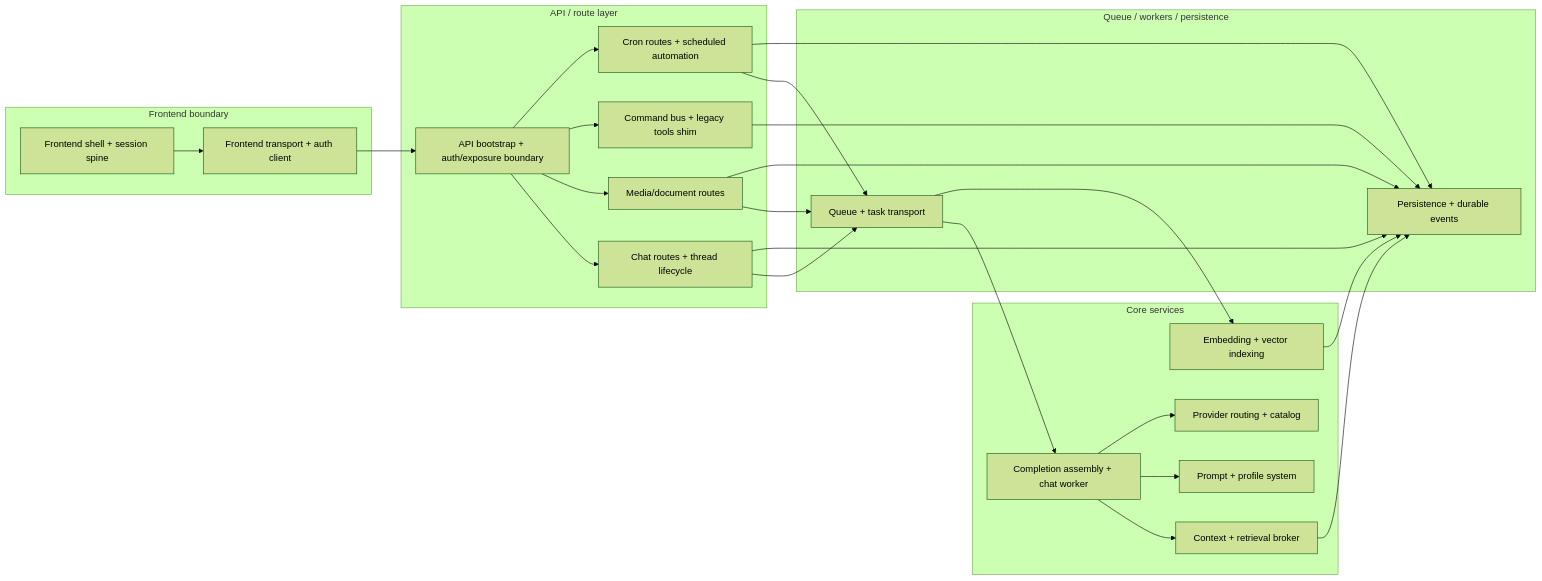
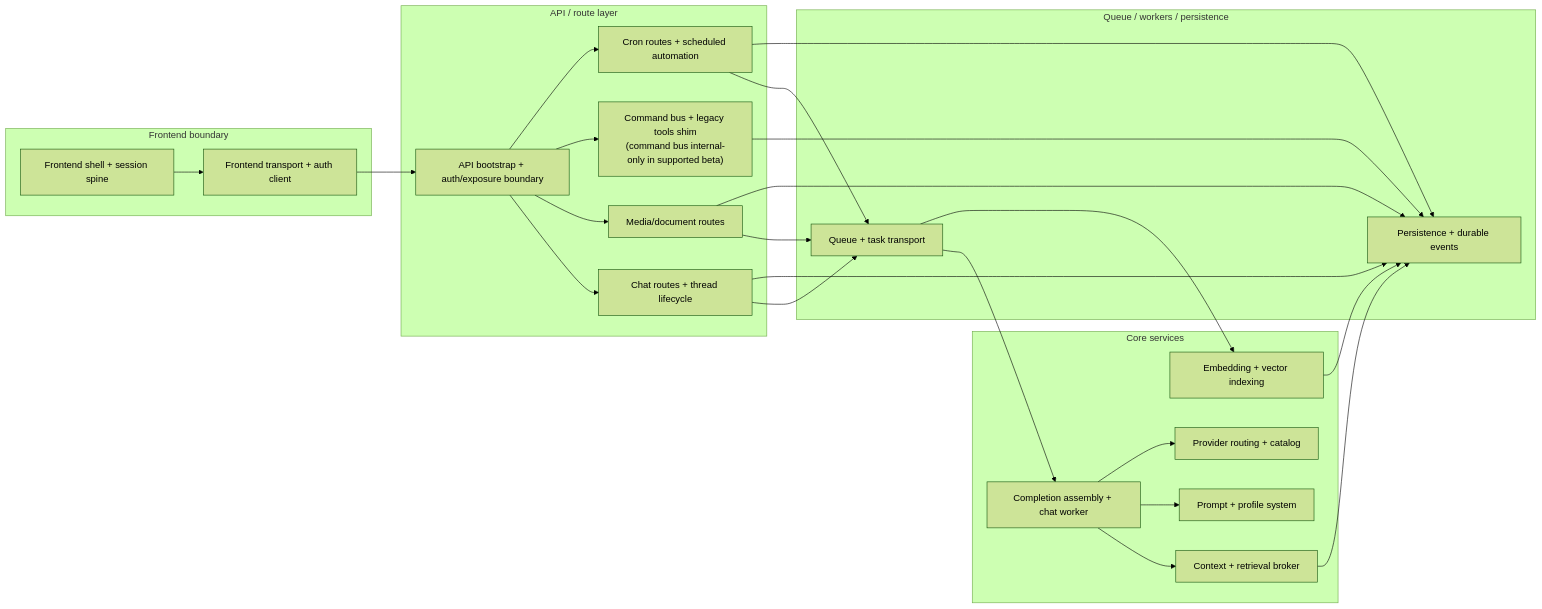
The fourth of 4 diagrams in docs/architecture/runtime-diagrams-v1.md (Resonant-Jones/Codexify), drawn with Mermaid (forest theme) before and after one commit. The commit also changed other lines of this file and 9 other files, not shown here.

Commit message:
docs: sync release and architecture notes

````diff
--- a/docs/architecture/runtime-diagrams-v1.md
+++ b/docs/architecture/runtime-diagrams-v1.md
@@ -214,49 +221,49 @@
 ```mermaid
 flowchart LR
     subgraph frontend_boundary["Frontend boundary"]
         shell["Frontend shell + session spine"]
         transport["Frontend transport + auth client"]
     end
 
     subgraph api_boundary["API / route layer"]
         bootstrap["API bootstrap + auth/exposure boundary"]
         chat["Chat routes + thread lifecycle"]
         media["Media/document routes"]
-        command["Command bus + legacy tools shim"]
+        command["Command bus + legacy tools shim<br/>(command bus internal-only in supported beta)"]
         cron["Cron routes + scheduled automation"]
     end
 
     subgraph core_services["Core services"]
         completion["Completion assembly + chat worker"]
         retrieval["Context + retrieval broker"]
         prompt["Prompt + profile system"]
         provider["Provider routing + catalog"]
         embed["Embedding + vector indexing"]
     end
 
     subgraph platform["Queue / workers / persistence"]
         queue["Queue + task transport"]
         persistence["Persistence + durable events"]
     end
 
     shell --> transport
     transport --> bootstrap
     bootstrap --> chat
     bootstrap --> media
     bootstrap --> command
     bootstrap --> cron
     chat --> queue
     chat --> persistence
     queue --> completion
     queue --> embed
     completion --> retrieval
     completion --> prompt
     completion --> provider
     retrieval --> persistence
     media --> queue
     media --> persistence
     embed --> persistence
     command --> persistence
     cron --> queue
     cron --> persistence
 ```
````
